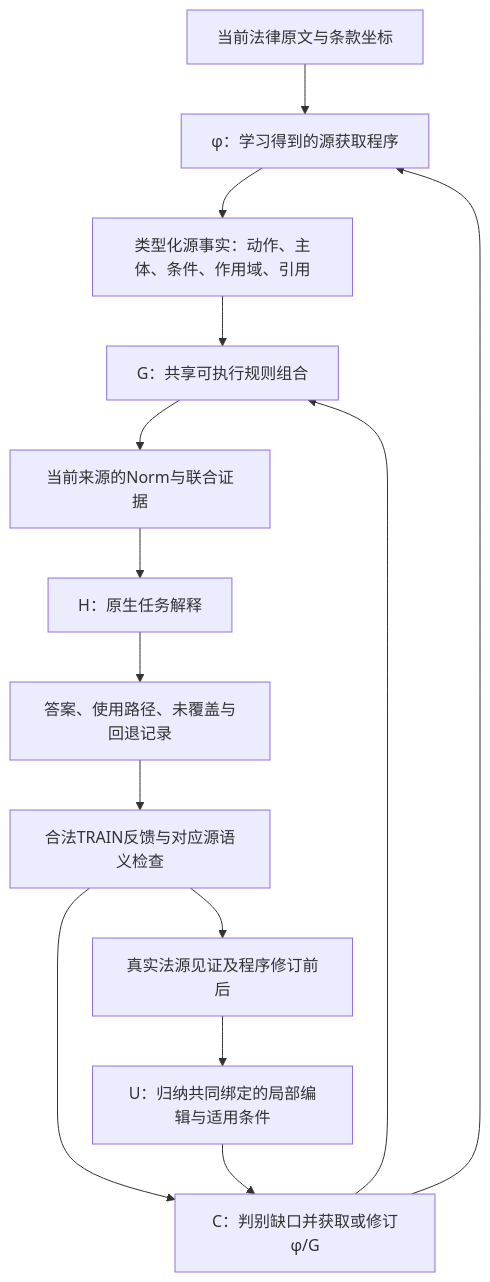
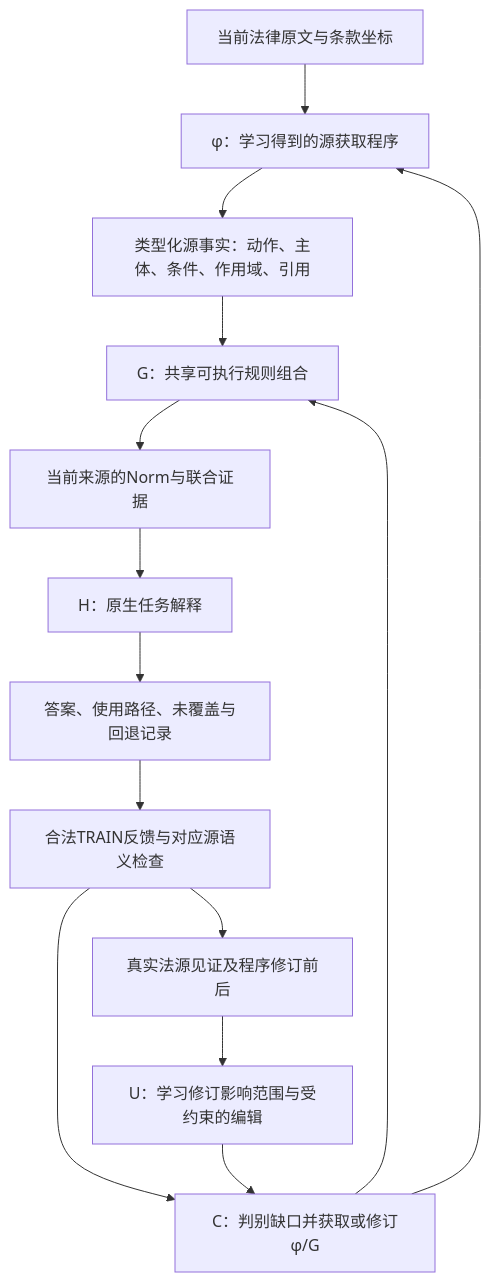
Before and after one commit to H00RU/LegalSkillGuard: the diagram in reports/legal_skill_evolution_run_20261111/method_investment_20261113/TWO_METHODS_EXPLAINED_20261114.md, drawn with Mermaid. The commit also changed other lines of this file and 154 other files, not shown here.

````diff
--- a/reports/legal_skill_evolution_run_20261111/method_investment_20261113/TWO_METHODS_EXPLAINED_20261114.md
+++ b/reports/legal_skill_evolution_run_20261111/method_investment_20261113/TWO_METHODS_EXPLAINED_20261114.md
@@ -44,16 +44,16 @@
 ```mermaid
 flowchart TD
     D[当前法律原文与条款坐标] --> P[φ：学习得到的源获取程序]
     P --> F[类型化源事实：动作、主体、条件、作用域、引用]
     F --> G[G：共享可执行规则组合]
     G --> K[当前来源的Norm与联合证据]
     K --> H[H：原生任务解释]
     H --> A[答案、使用路径、未覆盖与回退记录]
     A --> X[合法TRAIN反馈与对应源语义检查]
     X --> C[C：判别缺口并获取或修订φ/G]
     C --> P
     C --> G
     X --> E[真实法源见证及程序修订前后]
-    E --> U[U：归纳共同绑定的局部编辑与适用条件]
+    E --> U[U：学习修订影响范围与受约束的编辑]
     U --> C
 ```
````
